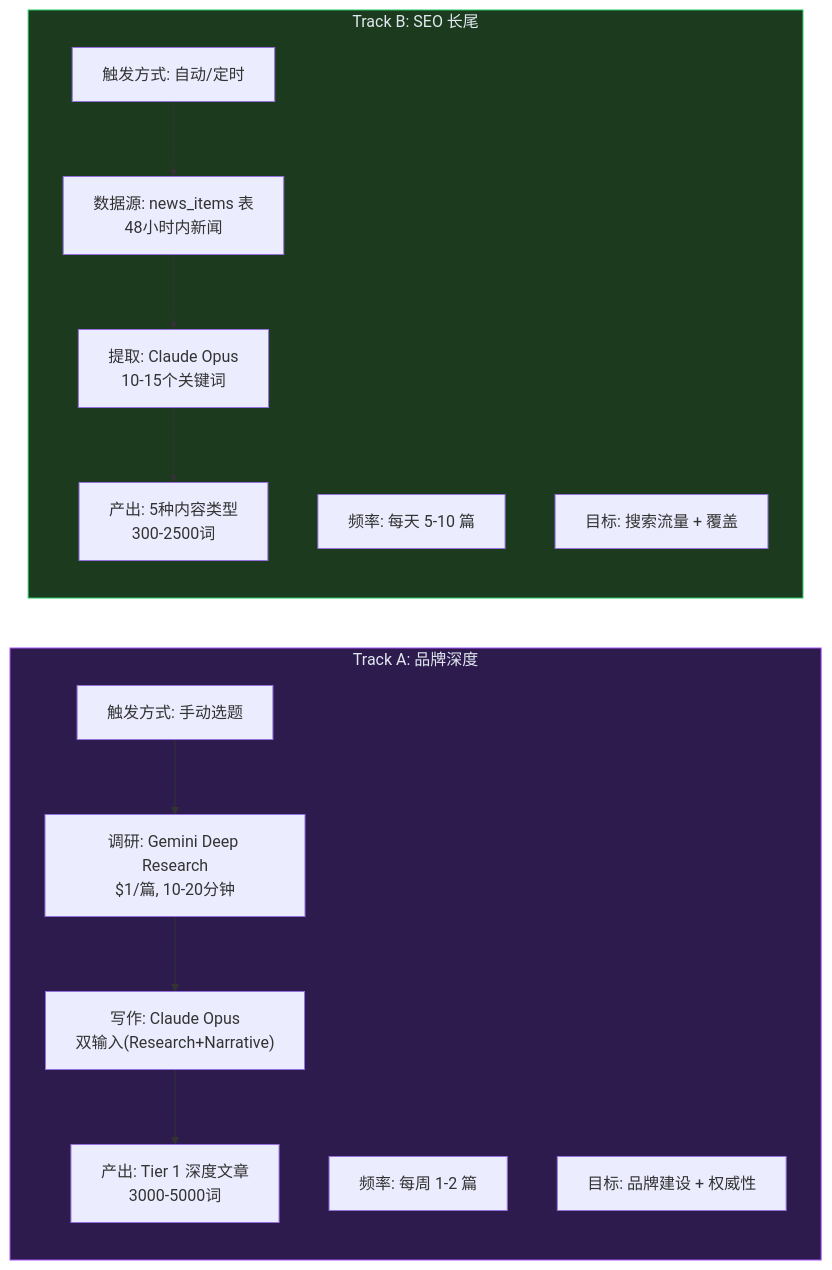
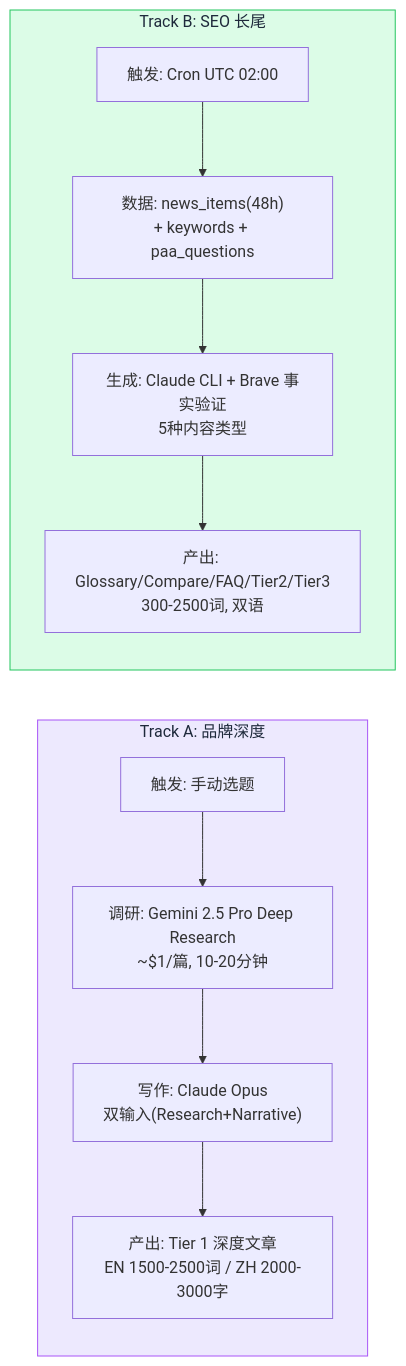
The fourth of 9 diagrams in docs/PIPELINE-ARCHITECTURE.md (morphph/hot2content-init), drawn with Mermaid before and after one commit. The commit also changed other lines of this file and 3 other files, not shown here.

First line of the commit message:
Add PAA→FAQ consumer, git push in daily-seo.sh, update architecture docs

````diff
--- a/docs/PIPELINE-ARCHITECTURE.md
+++ b/docs/PIPELINE-ARCHITECTURE.md
@@ -75,25 +153,21 @@
 ```mermaid
 flowchart LR
     subgraph A["Track A: 品牌深度"]
-        A1["触发方式: 手动选题"]
-        A2["调研: Gemini Deep Research<br/>$1/篇, 10-20分钟"]
+        A1["触发: 手动选题"]
+        A2["调研: Gemini 2.5 Pro Deep Research<br/>~$1/篇, 10-20分钟"]
         A3["写作: Claude Opus<br/>双输入(Research+Narrative)"]
-        A4["产出: Tier 1 深度文章<br/>3000-5000词"]
-        A5["频率: 每周 1-2 篇"]
-        A6["目标: 品牌建设 + 权威性"]
+        A4["产出: Tier 1 深度文章<br/>EN 1500-2500词 / ZH 2000-3000字"]
         A1 --> A2 --> A3 --> A4
     end
 
     subgraph B["Track B: SEO 长尾"]
-        B1["触发方式: 自动/定时"]
-        B2["数据源: news_items 表<br/>48小时内新闻"]
-        B3["提取: Claude Opus<br/>10-15个关键词"]
-        B4["产出: 5种内容类型<br/>300-2500词"]
-        B5["频率: 每天 5-10 篇"]
-        B6["目标: 搜索流量 + 覆盖"]
+        B1["触发: Cron UTC 02:00"]
+        B2["数据: news_items(48h)<br/>+ keywords + paa_questions"]
+        B3["生成: Claude CLI + Brave 事实验证<br/>5种内容类型"]
+        B4["产出: Glossary/Compare/FAQ/Tier2/Tier3<br/>300-2500词, 双语"]
         B1 --> B2 --> B3 --> B4
     end
 
-    style A fill:#2d1b4e,color:#e2e8f0,stroke:#a855f7
-    style B fill:#1b3a1e,color:#e2e8f0,stroke:#22c55e
+    style A fill:#ede9fe,stroke:#a855f7,color:#1e293b
+    style B fill:#dcfce7,stroke:#22c55e,color:#1e293b
 ```
````
